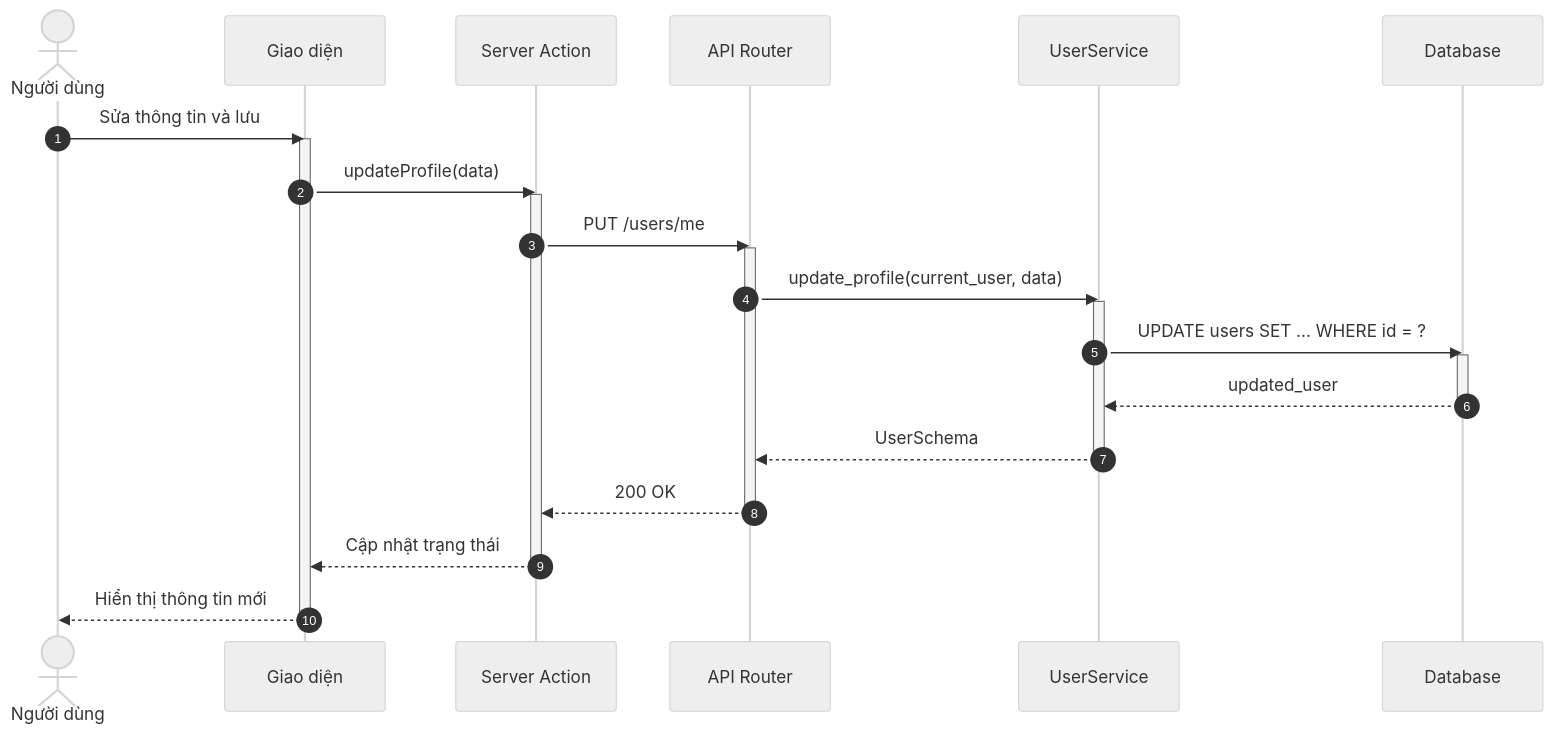
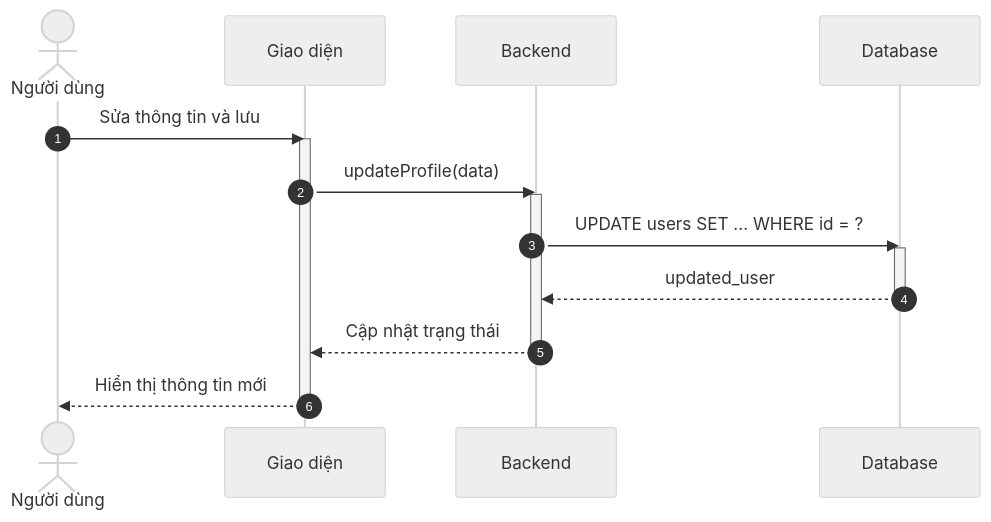
Before and after one commit to ngoctinn/Synapse: the sixth of 7 diagrams in docs/design/sequences/authentication.md, drawn with Mermaid (neutral theme). The commit also changed other lines of this file and 7 other files, not shown here.

Commit message:
docs: Add initial design documentation for authentication, user flows, and algorithm specification.

````diff
--- a/docs/design/sequences/authentication.md
+++ b/docs/design/sequences/authentication.md
@@ -187,38 +177,24 @@
 ```mermaid
 sequenceDiagram
     autonumber
     actor ND as Người dùng
     participant UI as Giao diện
-    participant BFF as Server Action
-    participant API as API Router
-    participant S as UserService
+    participant BE as Backend
     participant DB as Database
 
     ND->>UI: Sửa thông tin và lưu
     activate UI
-    UI->>BFF: updateProfile(data)
-    activate BFF
+    UI->>BE: updateProfile(data)
+    activate BE
 
-    BFF->>API: PUT /users/me
-    activate API
-
-    API->>S: update_profile(current_user, data)
-    activate S
-
-    S->>DB: UPDATE users SET ... WHERE id = ?
+    BE->>DB: UPDATE users SET ... WHERE id = ?
     activate DB
-    DB-->>S: updated_user
+    DB-->>BE: updated_user
     deactivate DB
 
-    S-->>API: UserSchema
-    deactivate S
-
-    API-->>BFF: 200 OK
-    deactivate API
-
-    BFF-->>UI: Cập nhật trạng thái
-    deactivate BFF
+    BE-->>UI: Cập nhật trạng thái
+    deactivate BE
 
     UI-->>ND: Hiển thị thông tin mới
     deactivate UI
 ```
````
